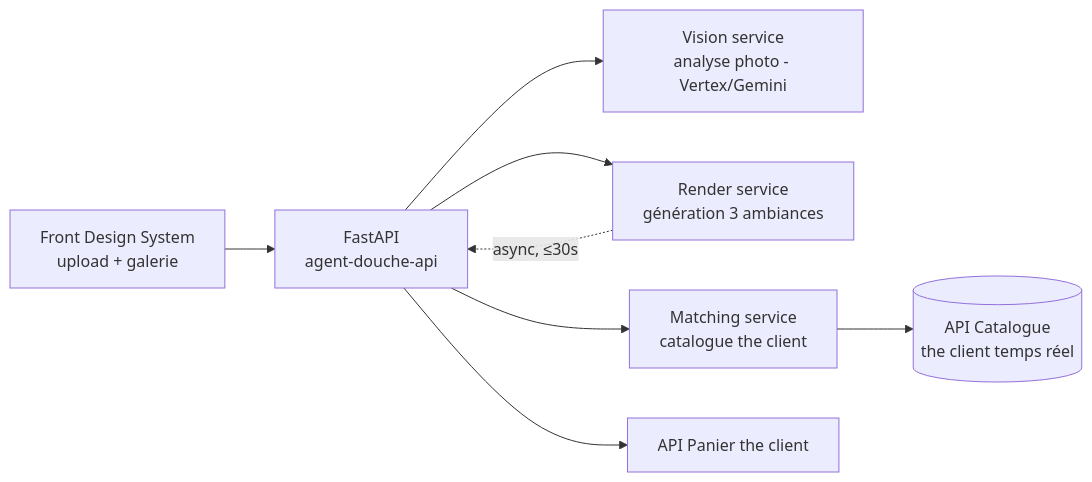
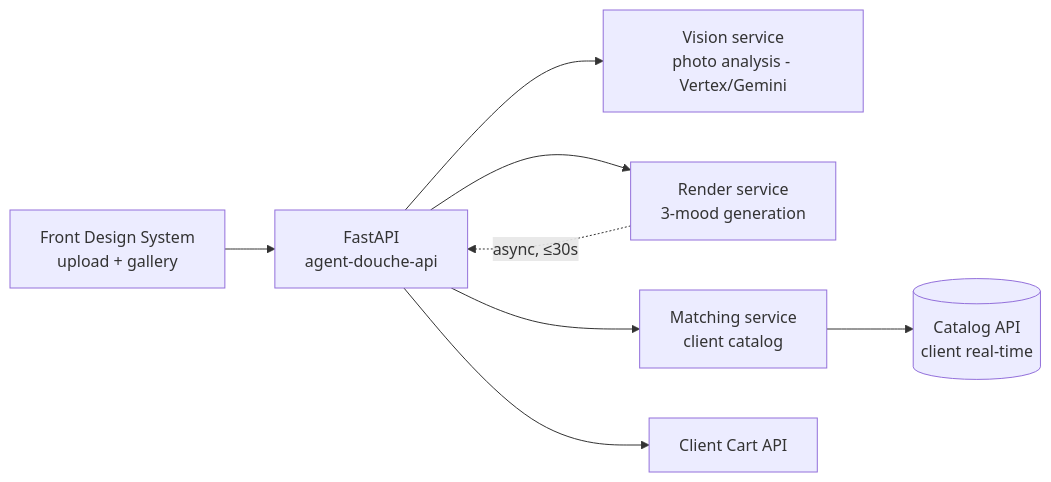
The diagram in examples/agent-douche/design.md (antoinelef23/Claudo), drawn with Mermaid before and after one commit. The commit also changed other lines of this file and 85 other files, not shown here.

````diff
--- a/examples/agent-douche/design.md
+++ b/examples/agent-douche/design.md
@@ -17,10 +17,10 @@
 ```mermaid
 flowchart LR
-    UI[Front Design System<br/>upload + galerie] --> API[FastAPI<br/>agent-douche-api]
-    API --> VISION[Vision service<br/>analyse photo - Vertex/Gemini]
-    API --> RENDER[Render service<br/>génération 3 ambiances]
-    API --> MATCH[Matching service<br/>catalogue the client]
-    MATCH --> CAT[(API Catalogue<br/>the client temps réel)]
-    API --> CART[API Panier the client]
+    UI[Front Design System<br/>upload + gallery] --> API[FastAPI<br/>agent-douche-api]
+    API --> VISION[Vision service<br/>photo analysis - Vertex/Gemini]
+    API --> RENDER[Render service<br/>3-mood generation]
+    API --> MATCH[Matching service<br/>client catalog]
+    MATCH --> CAT[(Catalog API<br/>client real-time)]
+    API --> CART[Client Cart API]
     RENDER -.->|async, ≤30s| API
 ```
````
